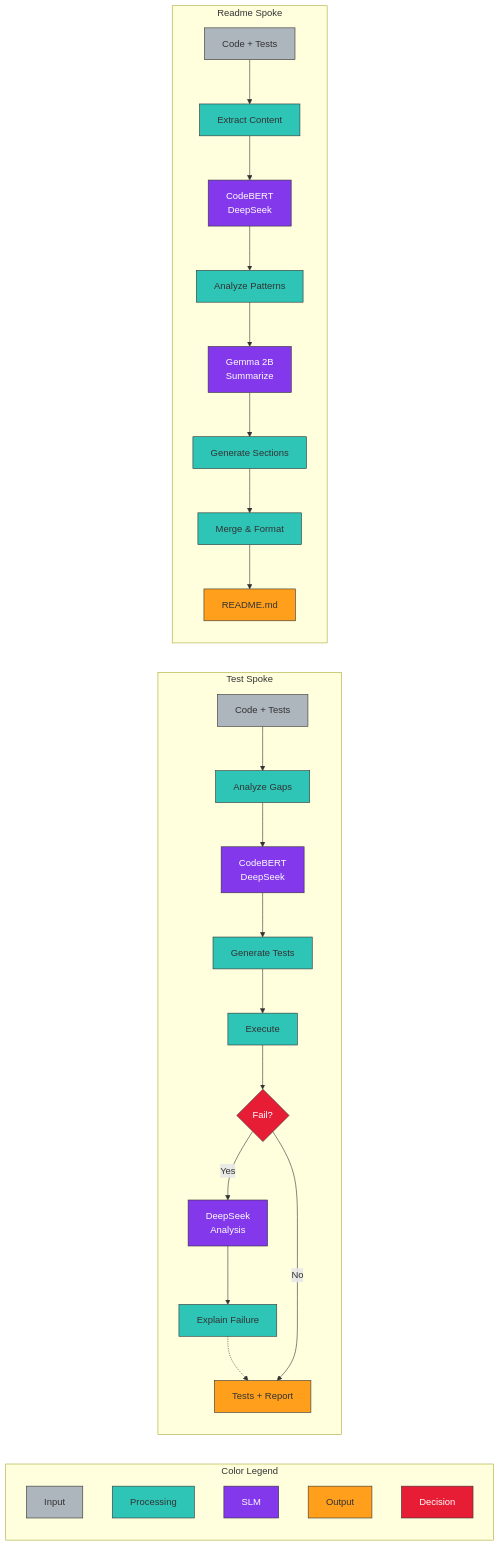
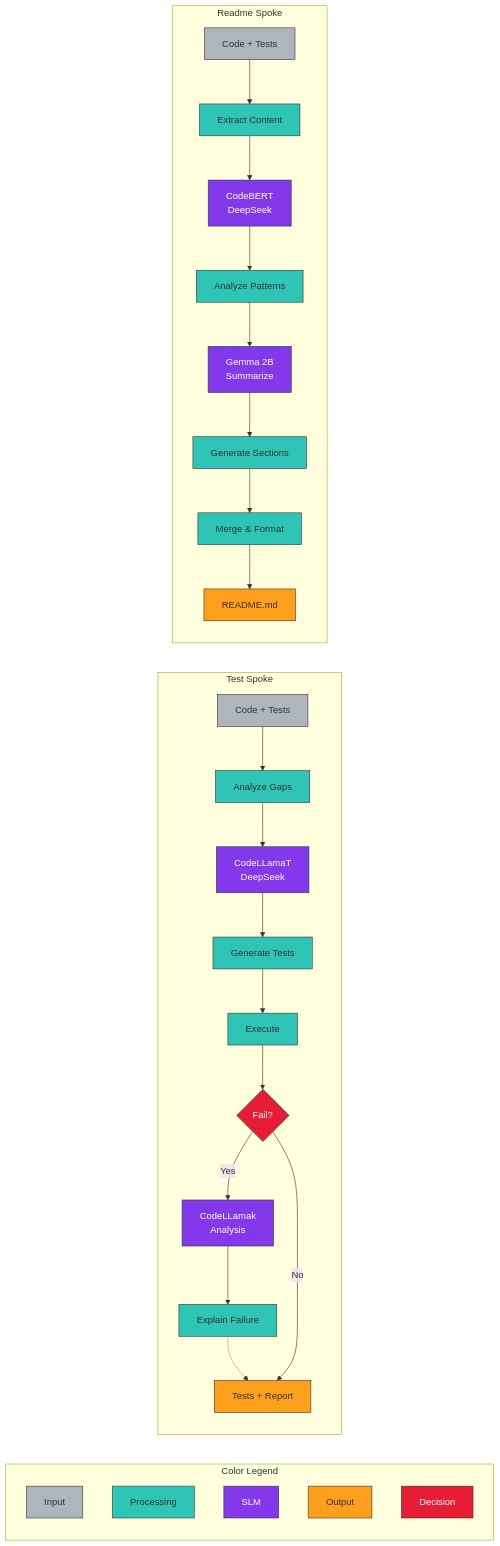
Before and after one commit to Drecoder/spoke-tool: the diagram in docs/diagrams/comparison-flow.mmd, drawn with Mermaid.

Commit message:
Modify SLM names and add decision class
Updated SLM names in Test Spoke and added decision class definition.

```diff
--- a/docs/diagrams/comparison-flow.mmd
+++ b/docs/diagrams/comparison-flow.mmd
@@ -1,57 +1,58 @@
 graph LR
     subgraph Legend [Color Legend]
         L1[Input]:::input
         L2[Processing]:::phase
         L3[SLM]:::slm
         L4[Output]:::output
         L5[Decision]:::decision
     end
 
     subgraph TestSpoke [Test Spoke]
         direction TB
         T_In[Code + Tests]:::input
         T_Analyze[Analyze Gaps]:::phase
-        T_SLM1[CodeBERT<br/>DeepSeek]:::slm
+        T_SLM1[CodeLLamaT<br/>DeepSeek]:::slm
         T_Generate[Generate Tests]:::phase
         T_Run[Execute]:::phase
         T_Decision{Fail?}:::decision
-        T_SLM2[DeepSeek<br/>Analysis]:::slm
+        T_SLM2[CodeLLamak<br/>Analysis]:::slm
         T_Explain[Explain Failure]:::phase
         T_Out[Tests + Report]:::output
         
         T_In --> T_Analyze
         T_Analyze --> T_SLM1
         T_SLM1 --> T_Generate
         T_Generate --> T_Run
         T_Run --> T_Decision
         T_Decision -->|Yes| T_SLM2
         T_SLM2 --> T_Explain
         T_Explain -.-> T_Out
         T_Decision -->|No| T_Out
     end
     
     subgraph DocSpoke [Readme Spoke]
         direction TB
         D_In[Code + Tests]:::input
         D_Extract[Extract Content]:::phase
         D_SLM1[CodeBERT<br/>DeepSeek]:::slm
         D_Analyze[Analyze Patterns]:::phase
         D_SLM2[Gemma 2B<br/>Summarize]:::slm
         D_Generate[Generate Sections]:::phase
         D_Merge[Merge & Format]:::phase
         D_Out[README.md]:::output
         
         D_In --> D_Extract
         D_Extract --> D_SLM1
         D_SLM1 --> D_Analyze
         D_Analyze --> D_SLM2
         D_SLM2 --> D_Generate
         D_Generate --> D_Merge
         D_Merge --> D_Out
     end
 
     classDef input fill:#adb5bd,stroke:#333,color:#333
     classDef phase fill:#2ec4b6,stroke:#333,color:#333
     classDef slm fill:#8338ec,stroke:#333,color:#fff
     classDef output fill:#ff9f1c,stroke:#333,color:#333
+
     classDef decision fill:#e71d36,stroke:#333,color:#fff
```
